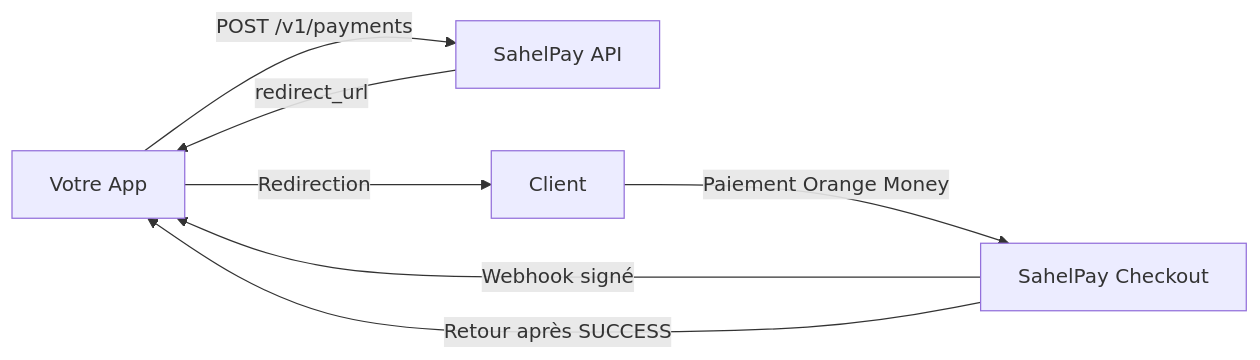
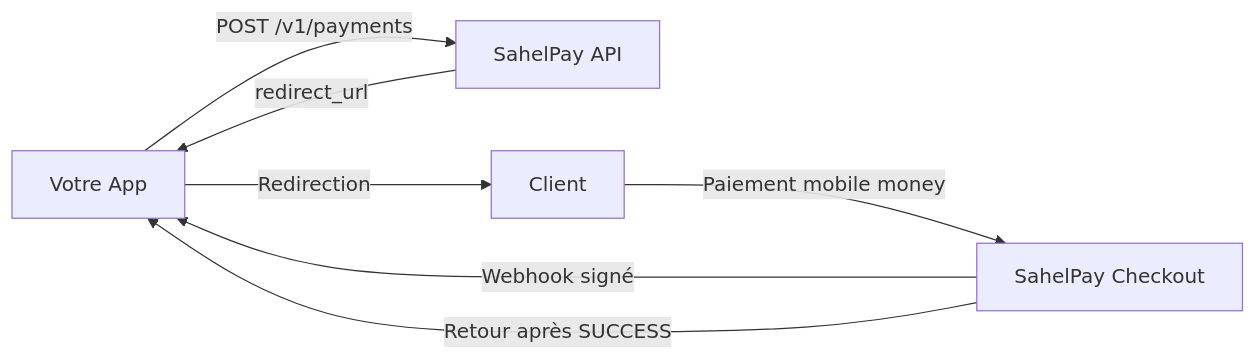
One commit to dione24/sahelpay-sdks changed the diagram in docs/guides/integration.mdx. Above: the diagram before and after it, drawn with Mermaid. The commit also changed other lines of this file and 19 other files, not shown here.

````diff
--- a/docs/guides/integration.mdx
+++ b/docs/guides/integration.mdx
@@ -21,9 +21,9 @@
 ```mermaid
 flowchart LR
     A[Votre App] -->|POST /v1/payments| B[SahelPay API]
     B -->|redirect_url| A
     A -->|Redirection| C[Client]
-    C -->|Paiement Orange Money| D[SahelPay Checkout]
+    C -->|Paiement mobile money| D[SahelPay Checkout]
     D -->|Webhook signé| A
     D -->|Retour après SUCCESS| A
 ```
````
